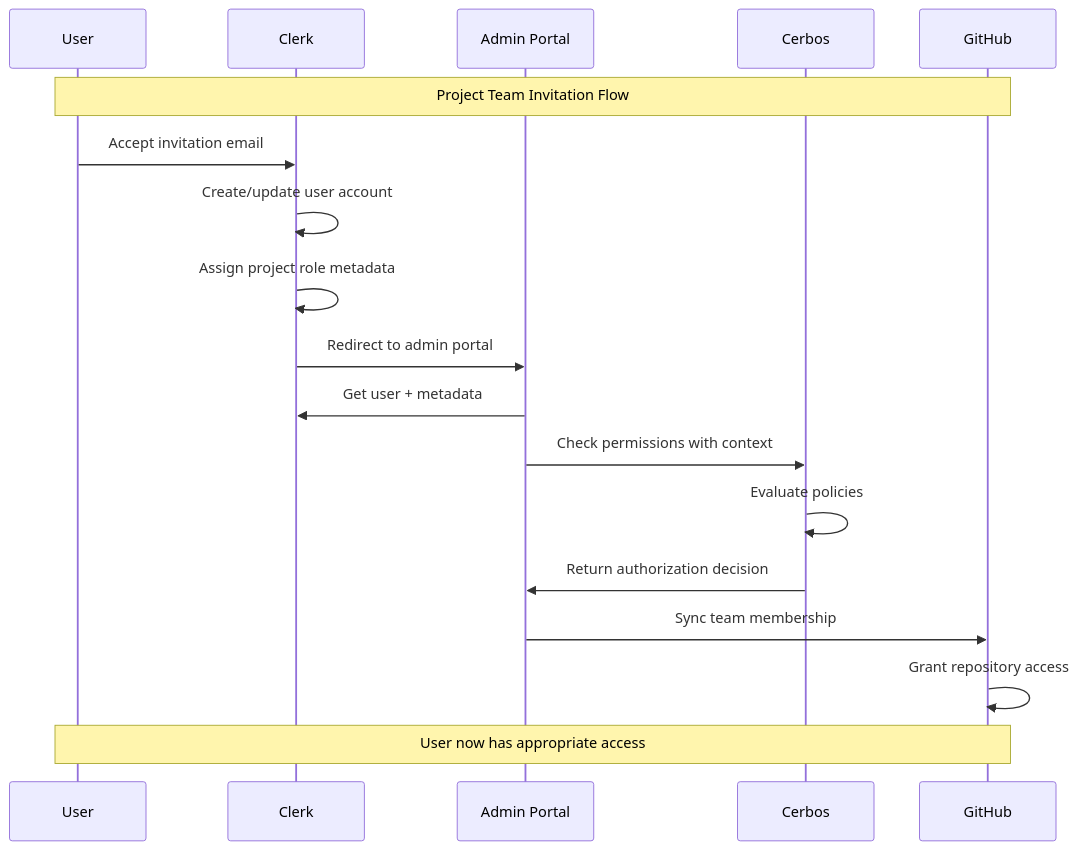
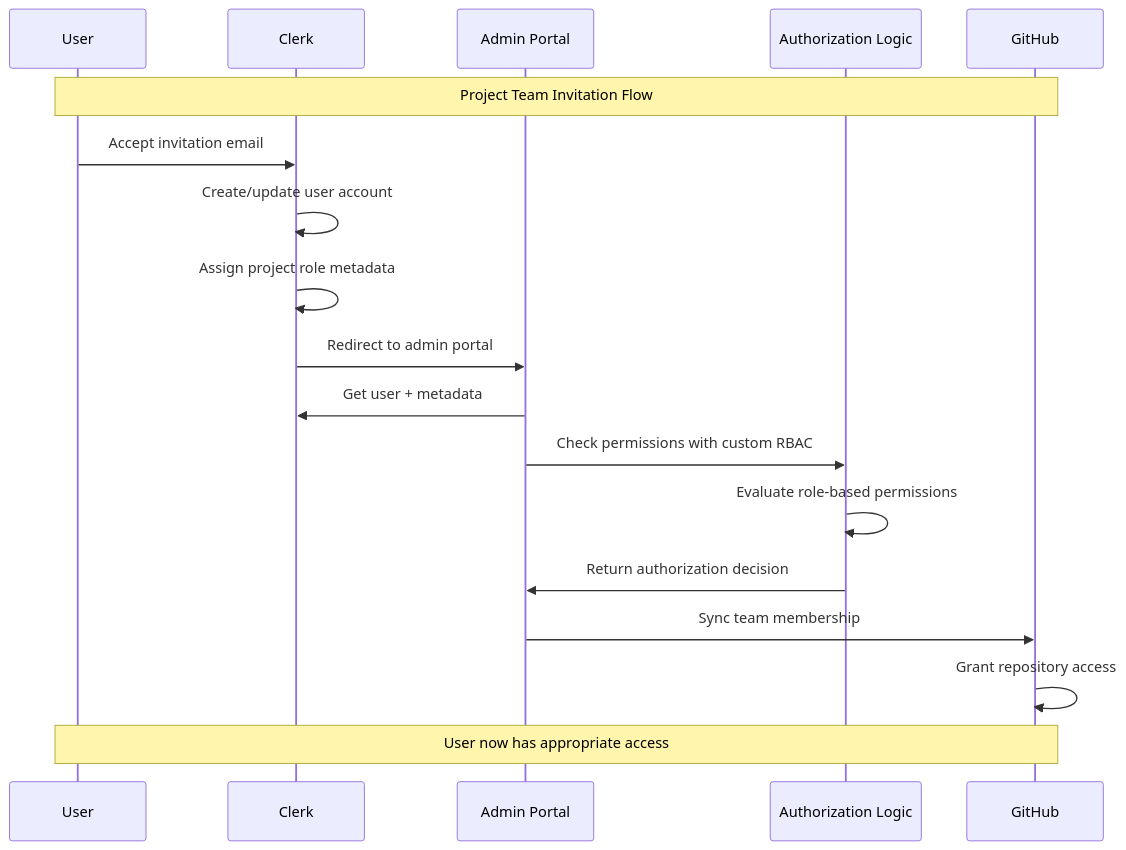
The diagram in developer_notes/authentication-authorization-architecture.md (iflastandards/platform), drawn with Mermaid before and after one commit. The commit also changed other lines of this file and 22 other files, not shown here.

First line of the commit message:
docs: Remove Cerbos references and align documentation with actual RBAC implementation

````diff
--- a/developer_notes/authentication-authorization-architecture.md
+++ b/developer_notes/authentication-authorization-architecture.md
@@ -90,25 +90,25 @@
 ```mermaid
 sequenceDiagram
     participant U as User
     participant C as Clerk
     participant A as Admin Portal
-    participant CB as Cerbos
+    participant Auth as Authorization Logic
     participant GH as GitHub
 
     Note over U,GH: Project Team Invitation Flow
     
     U->>C: Accept invitation email
     C->>C: Create/update user account
     C->>C: Assign project role metadata
     C->>A: Redirect to admin portal
     
     A->>C: Get user + metadata
-    A->>CB: Check permissions with context
-    CB->>CB: Evaluate policies
-    CB->>A: Return authorization decision
+    A->>Auth: Check permissions with custom RBAC
+    Auth->>Auth: Evaluate role-based permissions
+    Auth->>A: Return authorization decision
     
     A->>GH: Sync team membership
     GH->>GH: Grant repository access
     
     Note over U,GH: User now has appropriate access
 ```
````
